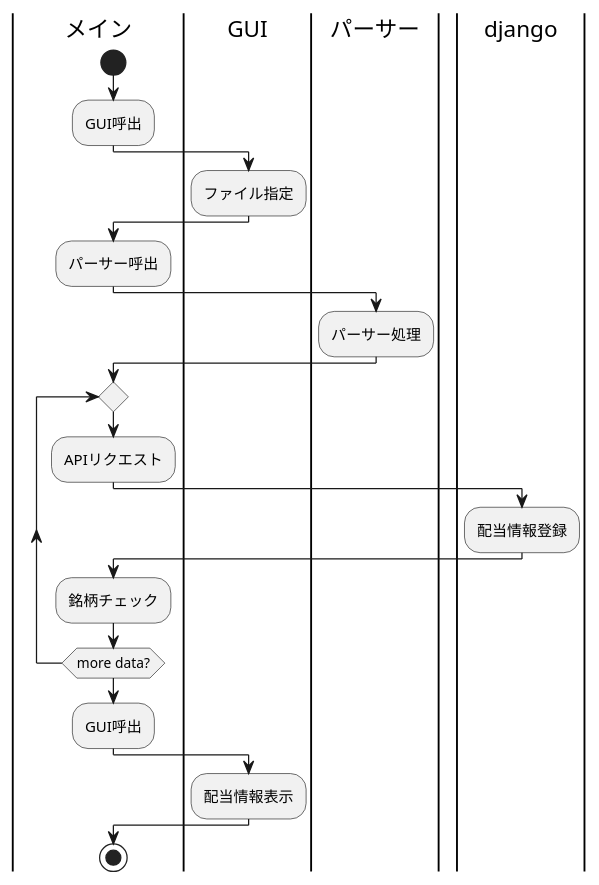
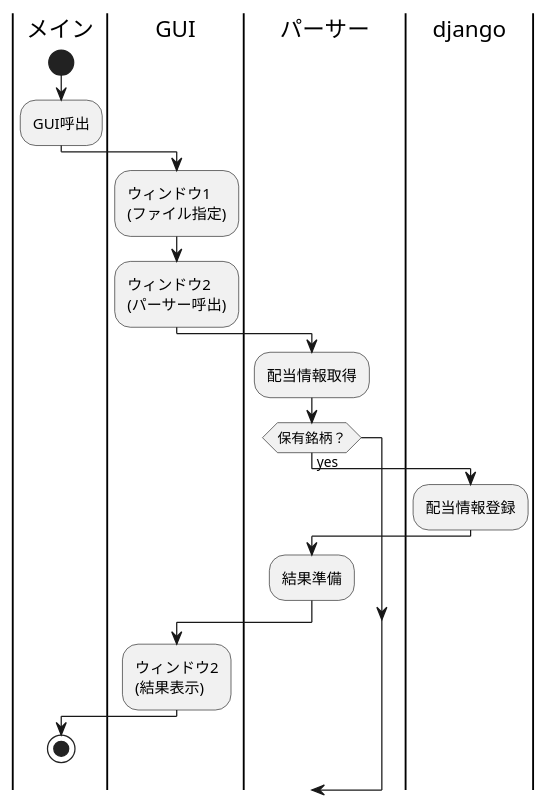
Before and after one commit to of3jlmssoo/djangorest-simple-app: the fourth of 5 diagrams in client/docs/readme.md, drawn with PlantUML. The commit also changed other lines of this file and 1 other file, not shown here.

````diff
--- a/client/docs/readme.md
+++ b/client/docs/readme.md
@@ -61,27 +79,27 @@
 ```plantuml
 @startuml
 |メイン|
 start
 :GUI呼出;
 |GUI|
-:ファイル指定;
-|メイン|
-:パーサー呼出;
+:ウィンドウ1
+(ファイル指定);
+:ウィンドウ2
+(パーサー呼出);
 |パーサー|
-:パーサー処理;
-|メイン|
-repeat
-:APIリクエスト;
-| |
+
+:配当情報取得;
+if (保有銘柄？) then (yes)
 |django|
 :配当情報登録;
-|メイン|
-:銘柄チェック;
-repeat while (more data?)
-:GUI呼出;
+|パーサー|
+:結果準備;
+' repeat while (more data?)
 |GUI|
-:配当情報表示;
+:ウィンドウ2
+(結果表示);
+
 |メイン|
 stop
 @enduml
 ```
````
